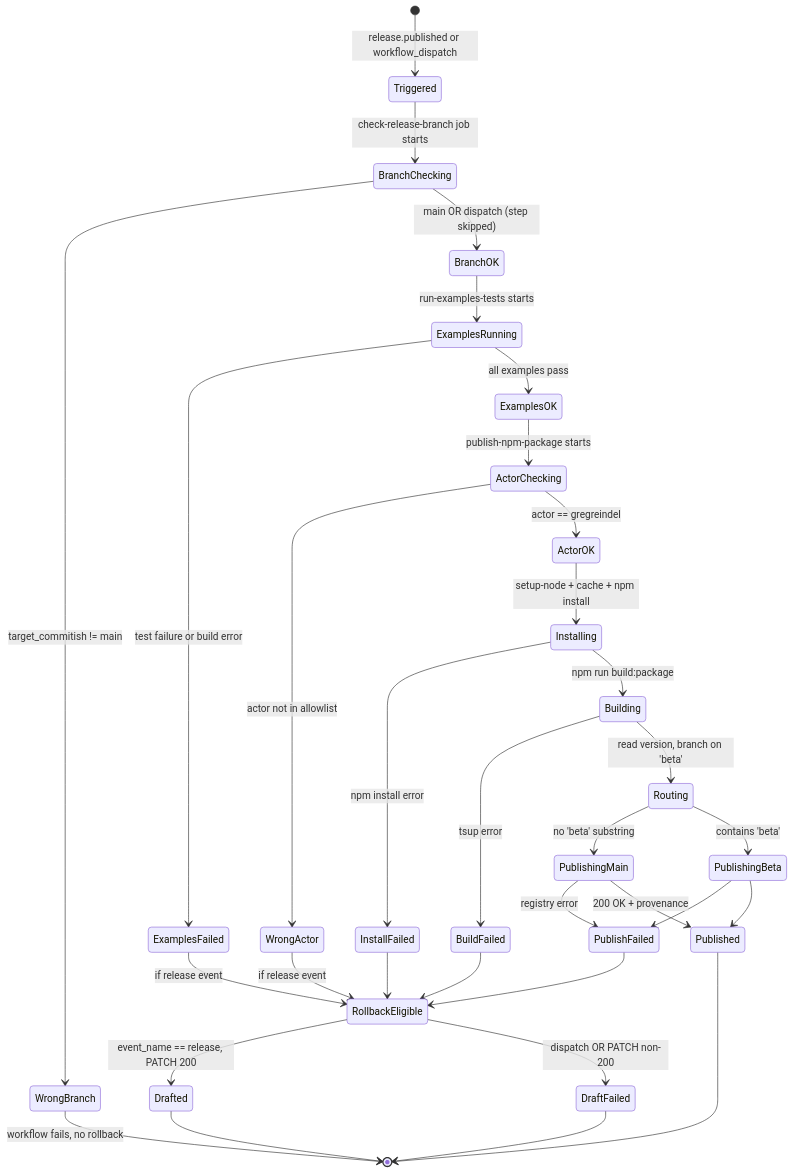
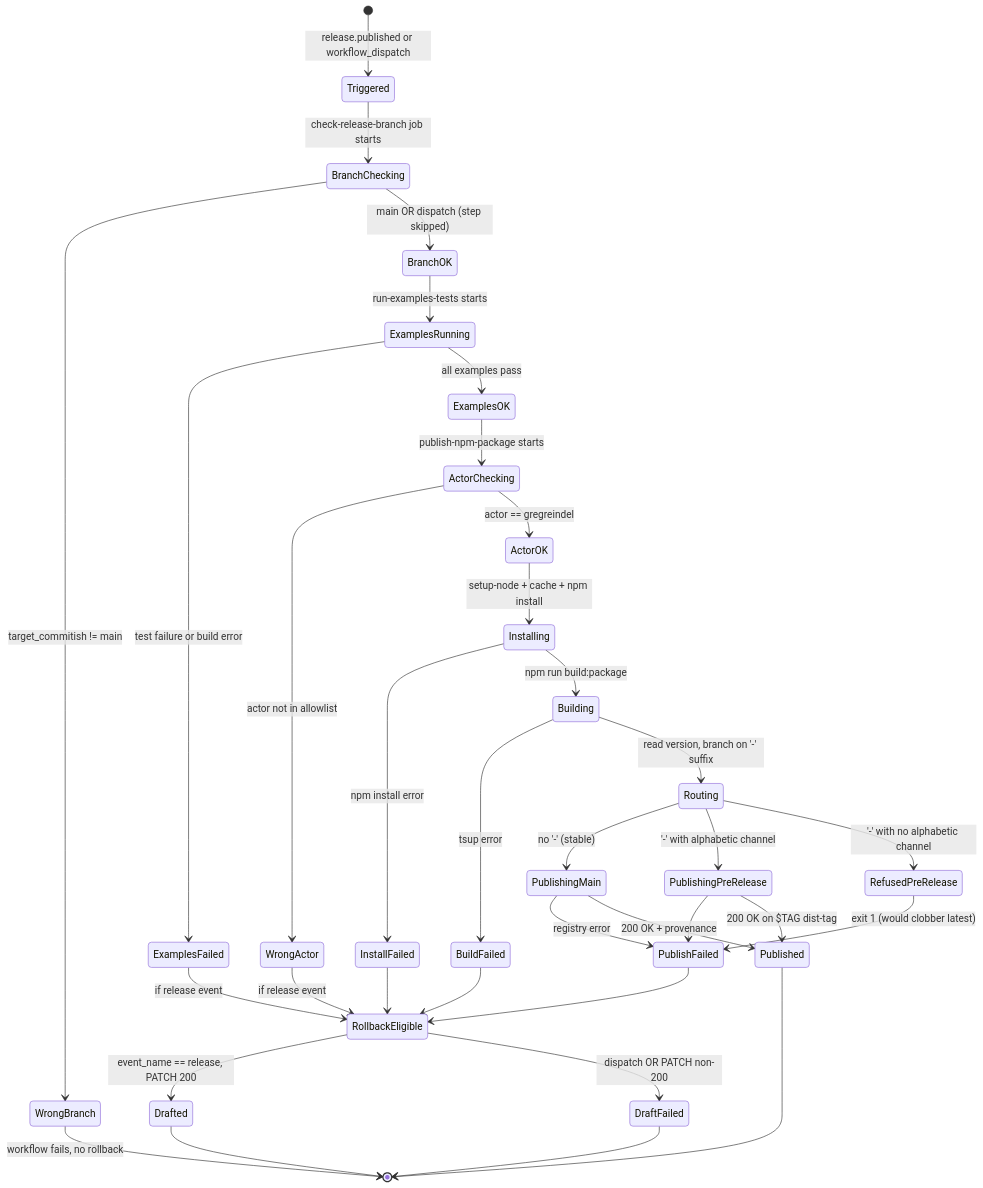
One commit to gregreindel/llm-exe changed the tenth of 12 diagrams in .github/docs/PUBLISH_RELEASE_DEEP_DIVE.md. Above: the diagram before and after it, drawn with Mermaid. The commit also changed other lines of this file and 5 other files, not shown here.

First line of the commit message:
docs: sync release-pipeline deep dives for pre-release support

````diff
--- a/.github/docs/PUBLISH_RELEASE_DEEP_DIVE.md
+++ b/.github/docs/PUBLISH_RELEASE_DEEP_DIVE.md
@@ -455,35 +462,37 @@
 ```mermaid
 stateDiagram-v2
     [*] --> Triggered: release.published or workflow_dispatch
     Triggered --> BranchChecking: check-release-branch job starts
     BranchChecking --> WrongBranch: target_commitish != main
     BranchChecking --> BranchOK: main OR dispatch (step skipped)
     WrongBranch --> [*]: workflow fails, no rollback
     BranchOK --> ExamplesRunning: run-examples-tests starts
     ExamplesRunning --> ExamplesFailed: test failure or build error
     ExamplesRunning --> ExamplesOK: all examples pass
     ExamplesFailed --> RollbackEligible: if release event
     ExamplesOK --> ActorChecking: publish-npm-package starts
     ActorChecking --> WrongActor: actor not in allowlist
     ActorChecking --> ActorOK: actor == gregreindel
     WrongActor --> RollbackEligible: if release event
     ActorOK --> Installing: setup-node + cache + npm install
     Installing --> InstallFailed: npm install error
     InstallFailed --> RollbackEligible
     Installing --> Building: npm run build:package
     Building --> BuildFailed: tsup error
     BuildFailed --> RollbackEligible
-    Building --> Routing: read version, branch on 'beta'
-    Routing --> PublishingMain: no 'beta' substring
-    Routing --> PublishingBeta: contains 'beta'
+    Building --> Routing: read version, branch on '-' suffix
+    Routing --> PublishingMain: no '-' (stable)
+    Routing --> PublishingPreRelease: '-' with alphabetic channel
+    Routing --> RefusedPreRelease: '-' with no alphabetic channel
+    RefusedPreRelease --> PublishFailed: exit 1 (would clobber latest)
     PublishingMain --> PublishFailed: registry error
-    PublishingBeta --> PublishFailed
+    PublishingPreRelease --> PublishFailed
     PublishingMain --> Published: 200 OK + provenance
-    PublishingBeta --> Published
+    PublishingPreRelease --> Published: 200 OK on $TAG dist-tag
     PublishFailed --> RollbackEligible
     RollbackEligible --> Drafted: event_name == release, PATCH 200
     RollbackEligible --> DraftFailed: dispatch OR PATCH non-200
     Published --> [*]
     Drafted --> [*]
     DraftFailed --> [*]
 ```
````
